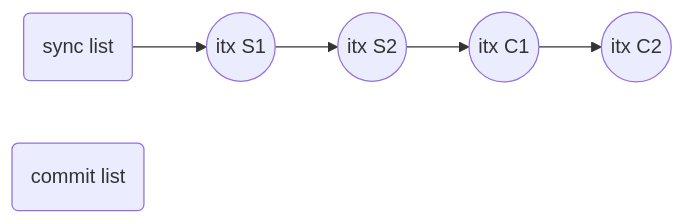
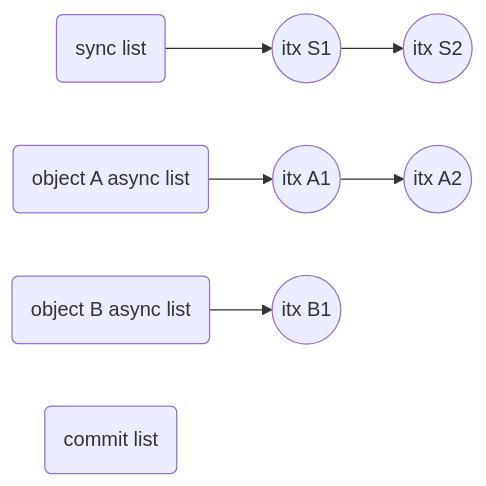
One commit to prakashsurya/prakashsurya.github.io changed the fourth of 44 diagrams in content/post/2017-10-24-zil-performance-how-i-doubled-sync-write-speed.md. Above: the diagram before and after it, drawn with Mermaid. The commit also changed other lines of this file, not shown here.

Commit message:
Edit: ZIL Performance: How I Doubled Sync Write Speed (slides)

```diff
--- a/content/post/2017-10-24-zil-performance-how-i-doubled-sync-write-speed.md
+++ b/content/post/2017-10-24-zil-performance-how-i-doubled-sync-write-speed.md
@@ -324,9 +523,12 @@
 <div class="mermaid">
 graph LR
-  SLIST(sync list)   --> SLIST-1((itx S1))
-  SLIST-1            --> SLIST-2((itx S2))
-  SLIST-2            --> OBJ-C-1((itx C1))
-  OBJ-C-1            --> OBJ-C-2((itx C2))
+  SLIST(sync list) --> SLIST-1((itx S1))
+  SLIST-1          --> SLIST-2((itx S2))
+
+  OBJ-A(object A async list) --> OBJ-A-1((itx A1))
+  OBJ-A-1                    --> OBJ-A-2((itx A2))
+
+  OBJ-B(object B async list) --> OBJ-B-1((itx B1))
 
   CLIST(commit list)
 </div>
```
